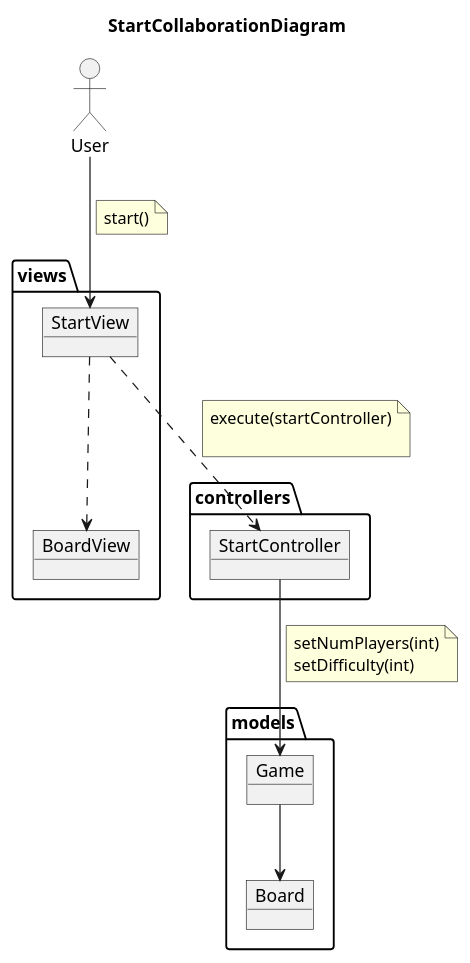
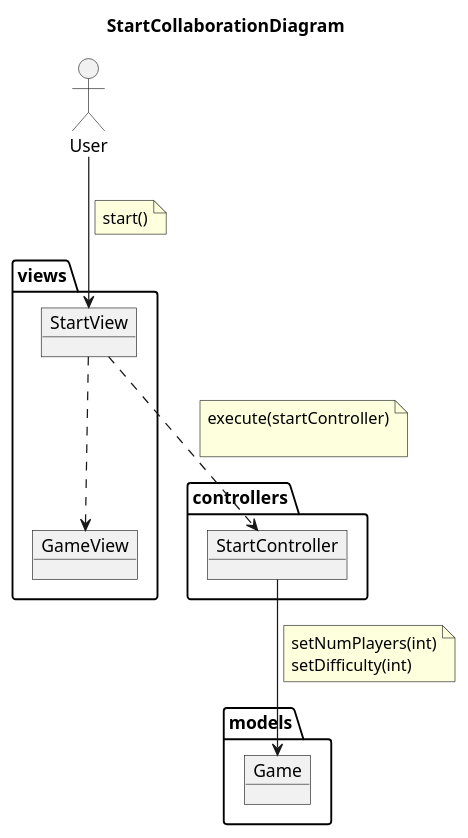
One commit to Master-Desarrollo-20-21/patrones-diseno---practica-final---juego-de-las-damas-fraylopez changed the diagram in docs/src/analysis/use-cases/start-colab.plantuml. Above: the diagram before and after it, drawn with PlantUML.

```diff
--- a/docs/src/analysis/use-cases/start-colab.plantuml
+++ b/docs/src/analysis/use-cases/start-colab.plantuml
@@ -2,60 +2,55 @@
 @startuml StartCollaborationDiagram
 title StartCollaborationDiagram
 allow_mixing
 
 actor User
 
 package controllers  {
 
     object  StartController{
 
     }
 }
 
 
 package models  {
 
-    object  Board{
-
-    }
-
     object Game{
 
     }
 
-    Game --> Board
 
 }
 
 
 package views {
-    object BoardView{
-
-    }
 
     object StartView{
 
     }
 
+    object GameView{
+
+    }
 
 }
 
 User --> StartView
 note on link
     start()
 end note
 
-StartView ..> BoardView
+StartView ..> GameView
 
 StartView ..> StartController
 note on link
     execute(startController)
 
 end note
 StartController --> Game
 note on link
     setNumPlayers(int)
     setDifficulty(int)
 end note
 
 @enduml
```
